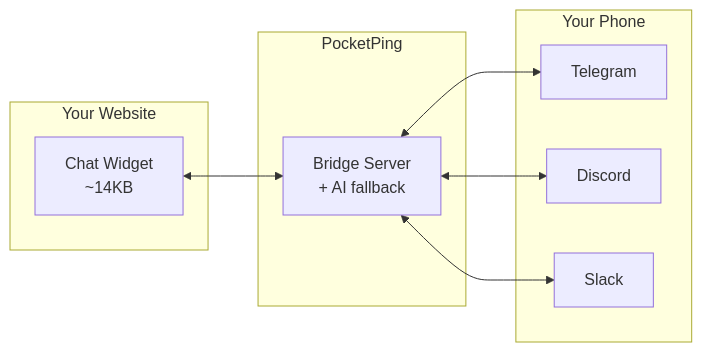
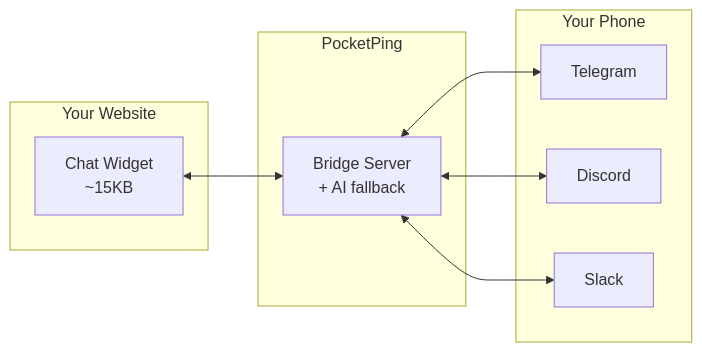
The first of 4 diagrams in docs-site/docs/intro.md (Ruwad-io/pocketping), drawn with Mermaid before and after one commit. The commit also changed other lines of this file and 2 other files, not shown here.

Commit message:
docs: Update widget size to ~15KB (accurate measurement)

````diff
--- a/docs-site/docs/intro.md
+++ b/docs-site/docs/intro.md
@@ -21,21 +21,21 @@
 ```mermaid
 flowchart LR
     subgraph website["Your Website"]
-        widget["Chat Widget<br/>~14KB"]
+        widget["Chat Widget<br/>~15KB"]
     end
 
     subgraph pp["PocketPing"]
         bridge["Bridge Server<br/>+ AI fallback"]
     end
 
     subgraph phone["Your Phone"]
         tg["Telegram"]
         dc["Discord"]
         sl["Slack"]
     end
 
     widget <--> bridge
     bridge <--> tg
     bridge <--> dc
     bridge <--> sl
 ```
````
